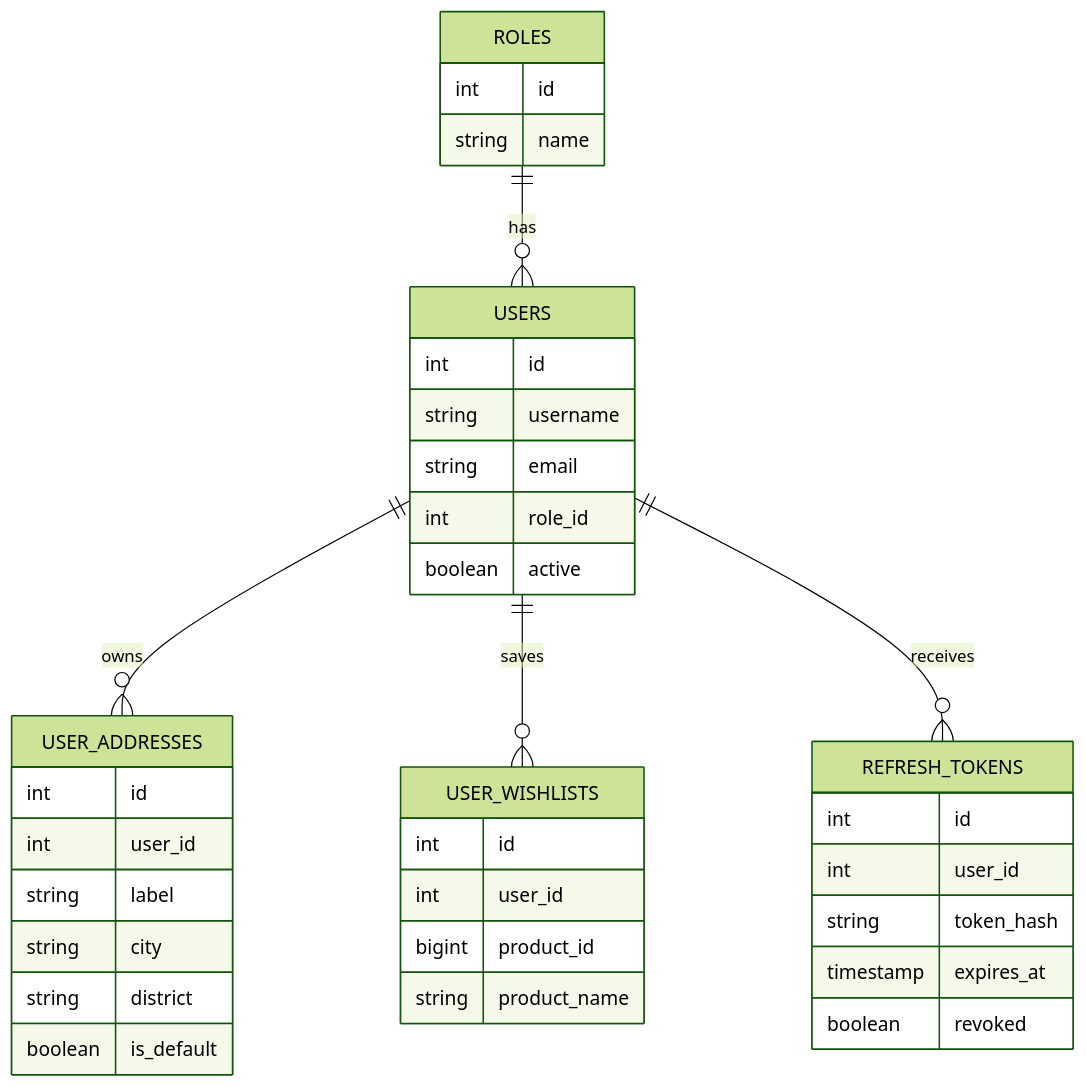
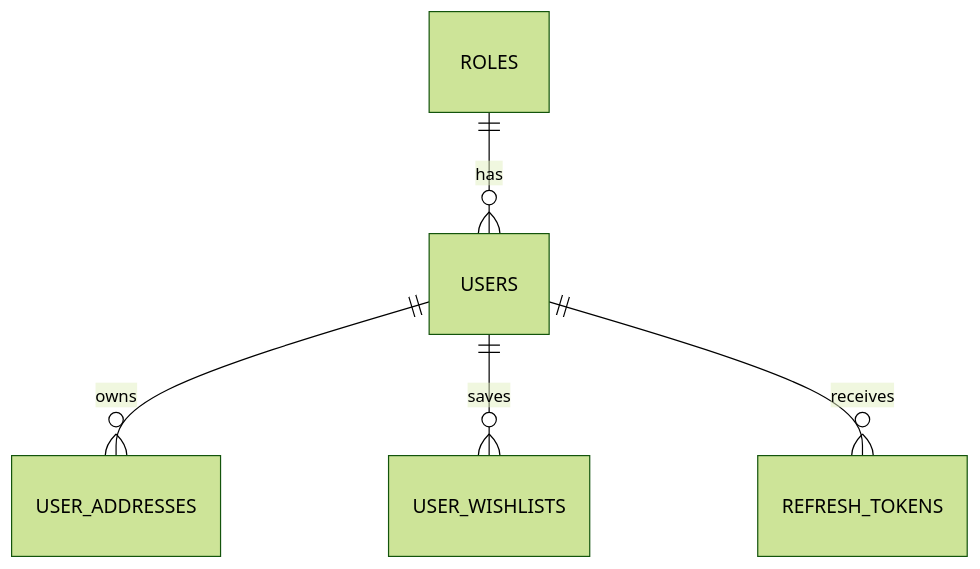
The first of 4 diagrams in README.md (chduchai16/order-system), drawn with Mermaid (forest theme) before and after one commit. The commit also changed other lines of this file, not shown here.

````diff
--- a/README.md
+++ b/README.md
@@ -41,44 +39,7 @@
 ```mermaid
 erDiagram
     ROLES ||--o{ USERS : has
     USERS ||--o{ USER_ADDRESSES : owns
     USERS ||--o{ USER_WISHLISTS : saves
     USERS ||--o{ REFRESH_TOKENS : receives
-
-    ROLES {
-        int id
-        string name
-    }
-
-    USERS {
-        int id
-        string username
-        string email
-        int role_id
-        boolean active
-    }
-
-    USER_ADDRESSES {
-        int id
-        int user_id
-        string label
-        string city
-        string district
-        boolean is_default
-    }
-
-    USER_WISHLISTS {
-        int id
-        int user_id
-        bigint product_id
-        string product_name
-    }
-
-    REFRESH_TOKENS {
-        int id
-        int user_id
-        string token_hash
-        timestamp expires_at
-        boolean revoked
-    }
 ```
````
